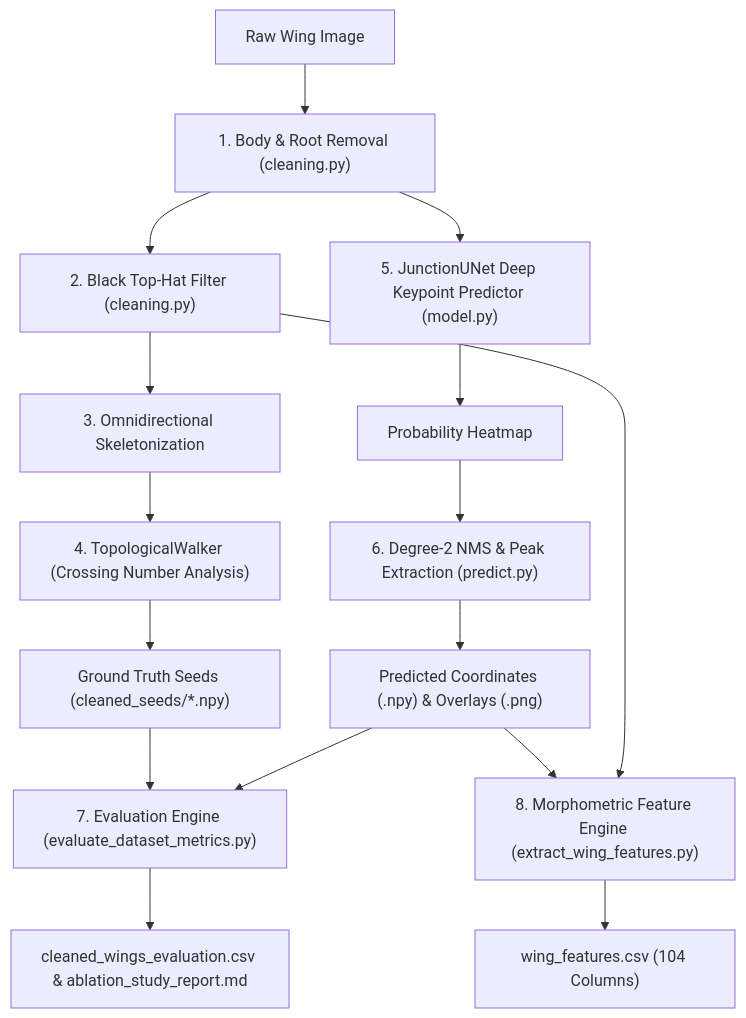
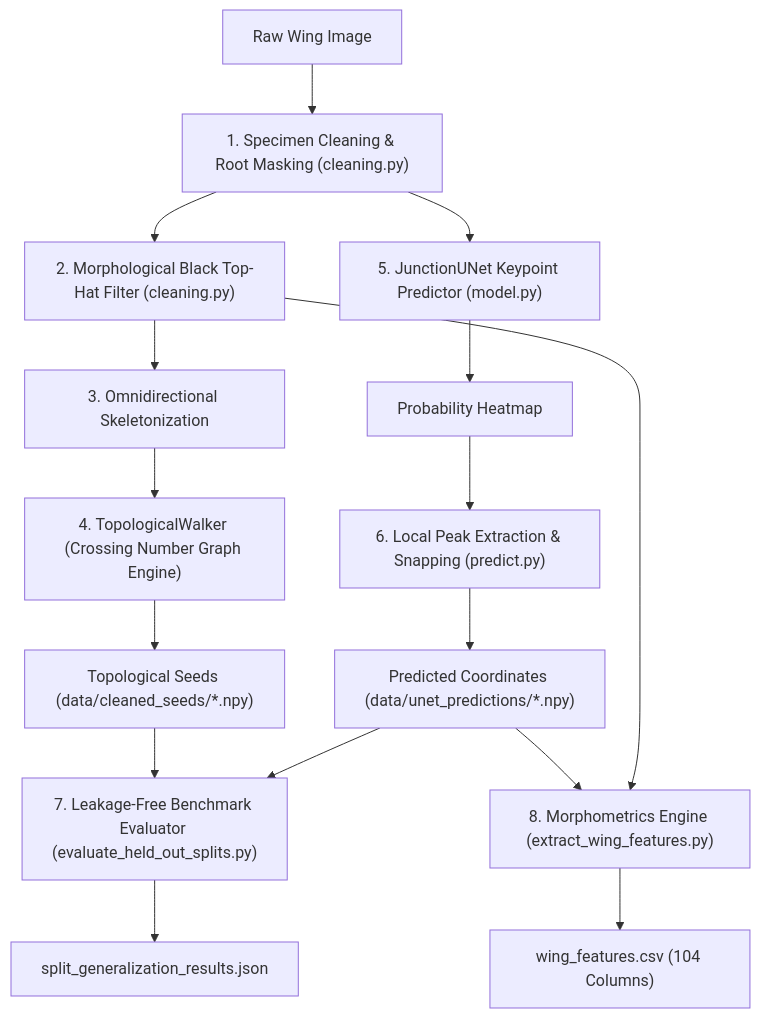
The diagram in README.md (lei-json/junction_walker), drawn with Mermaid before and after one commit. The commit also changed other lines of this file and 40 other files, not shown here.

First line of the commit message:
feat: add empirical benchmark suite, held-out evaluation, baselines, and synthetic ground truth

````diff
--- a/README.md
+++ b/README.md
@@ -345,21 +336,21 @@
 ```mermaid
 flowchart TD
-    Raw["Raw Wing Image"] --> Clean["1. Body & Root Removal (cleaning.py)"]
-    Clean --> TopHat["2. Black Top-Hat Filter (cleaning.py)"]
+    Raw["Raw Wing Image"] --> Clean["1. Specimen Cleaning & Root Masking (cleaning.py)"]
+    Clean --> TopHat["2. Morphological Black Top-Hat Filter (cleaning.py)"]
     TopHat --> Skele["3. Omnidirectional Skeletonization"]
-    Skele --> Walker["4. TopologicalWalker (Crossing Number Analysis)"]
-    Walker --> Seeds["Ground Truth Seeds (cleaned_seeds/*.npy)"]
+    Skele --> Walker["4. TopologicalWalker (Crossing Number Graph Engine)"]
+    Walker --> Seeds["Topological Seeds (data/cleaned_seeds/*.npy)"]
     
-    Clean --> UNet["5. JunctionUNet Deep Keypoint Predictor (model.py)"]
+    Clean --> UNet["5. JunctionUNet Keypoint Predictor (model.py)"]
     UNet --> Heatmap["Probability Heatmap"]
-    Heatmap --> NMS["6. Degree-2 NMS & Peak Extraction (predict.py)"]
-    NMS --> Preds["Predicted Coordinates (.npy) & Overlays (.png)"]
+    Heatmap --> NMS["6. Local Peak Extraction & Snapping (predict.py)"]
+    NMS --> Preds["Predicted Coordinates (data/unet_predictions/*.npy)"]
     
-    Seeds --> Eval["7. Evaluation Engine (evaluate_dataset_metrics.py)"]
+    Seeds --> Eval["7. Leakage-Free Benchmark Evaluator (evaluate_held_out_splits.py)"]
     Preds --> Eval
-    Eval --> Report["cleaned_wings_evaluation.csv & ablation_study_report.md"]
+    Eval --> SplitJSON["split_generalization_results.json"]
     
-    Preds --> Feat["8. Morphometric Feature Engine (extract_wing_features.py)"]
+    Preds --> Feat["8. Morphometrics Engine (extract_wing_features.py)"]
     TopHat --> Feat
     Feat --> Matrix["wing_features.csv (104 Columns)"]
 ```
````
